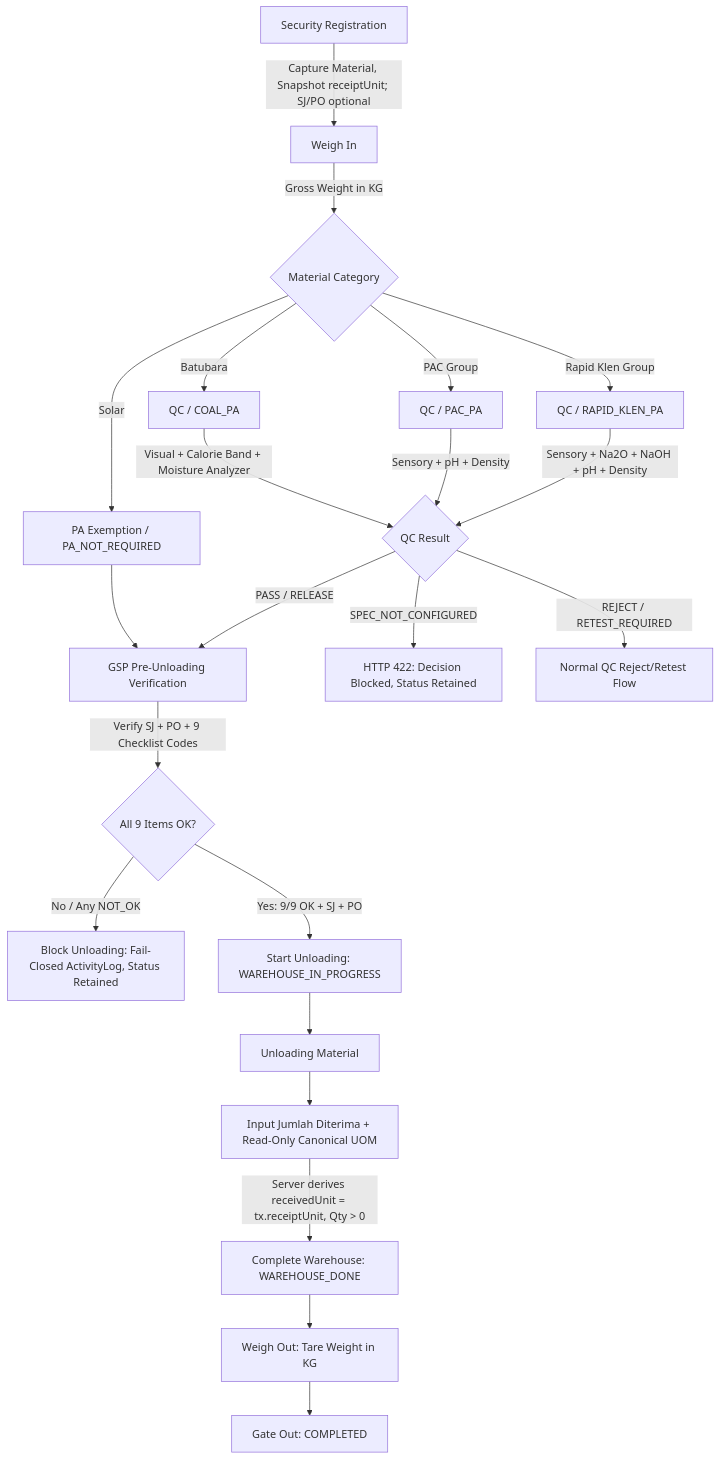
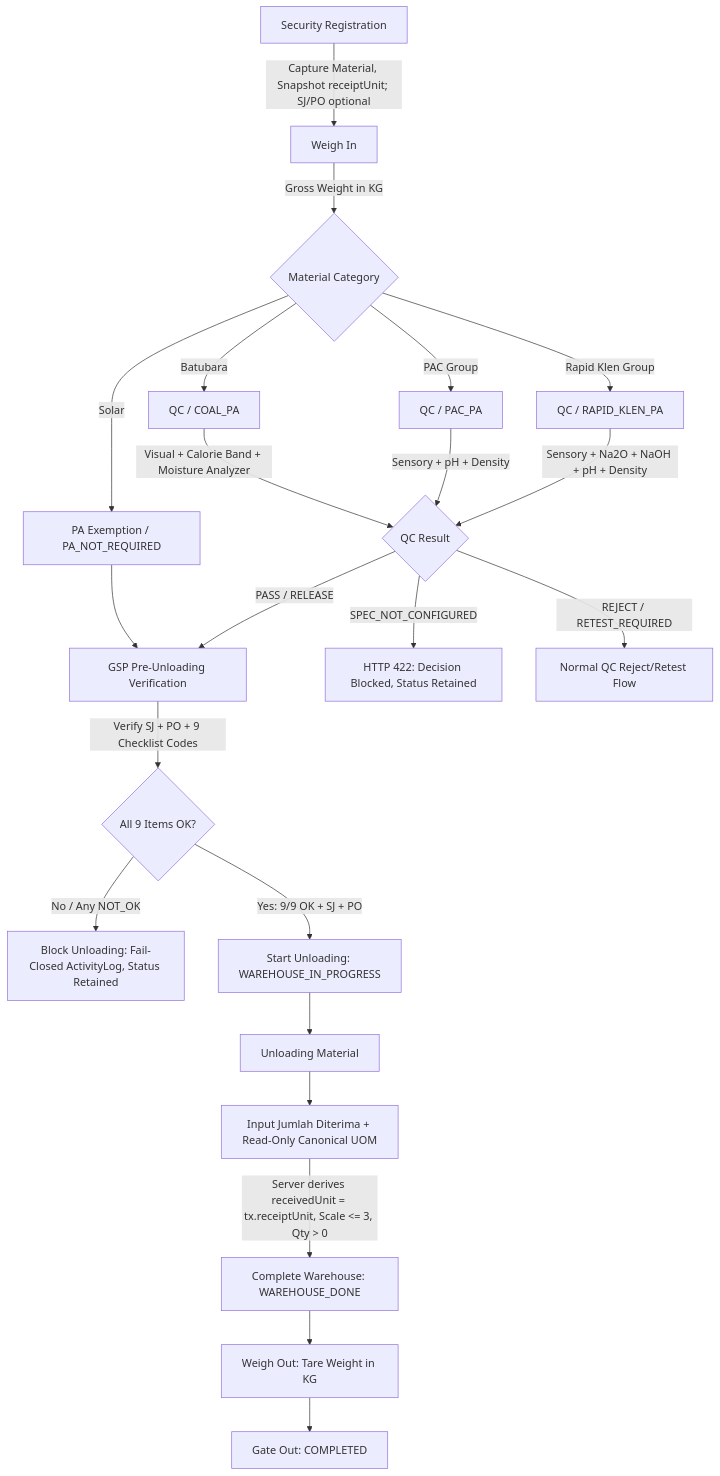
The diagram in docs/superpowers/specs/2026-10-07-gsp-qc-preunload-uom-design.md (rahmatauliya10/Aplikasi-Gate-Management-System), drawn with Mermaid before and after one commit. The commit also changed other lines of this file, not shown here.

Commit message:
docs(spec): revise gsp design spec to Rev 2.1 with amendment synchronization, calorie band contract, and decimal scale policy

````diff
--- a/docs/superpowers/specs/2026-10-07-gsp-qc-preunload-uom-design.md
+++ b/docs/superpowers/specs/2026-10-07-gsp-qc-preunload-uom-design.md
@@ -45,29 +48,29 @@
 ```mermaid
 flowchart TD
     A[Security Registration] -->|Capture Material, Snapshot receiptUnit; SJ/PO optional| B[Weigh In]
     B -->|Gross Weight in KG| C{Material Category}
     
     C -->|Solar| D[PA Exemption / PA_NOT_REQUIRED]
     C -->|Batubara| E[QC / COAL_PA]
     C -->|PAC Group| F[QC / PAC_PA]
     C -->|Rapid Klen Group| G[QC / RAPID_KLEN_PA]
     
     E -->|Visual + Calorie Band + Moisture Analyzer| H{QC Result}
     F -->|Sensory + pH + Density| H
     G -->|Sensory + Na2O + NaOH + pH + Density| H
     
     H -->|PASS / RELEASE| I[GSP Pre-Unloading Verification]
     H -->|SPEC_NOT_CONFIGURED| J1[HTTP 422: Decision Blocked, Status Retained]
     H -->|REJECT / RETEST_REQUIRED| J2[Normal QC Reject/Retest Flow]
     D --> I
     
     I -->|Verify SJ + PO + 9 Checklist Codes| K{All 9 Items OK?}
     K -->|No / Any NOT_OK| L[Block Unloading: Fail-Closed ActivityLog, Status Retained]
     K -->|Yes: 9/9 OK + SJ + PO| M[Start Unloading: WAREHOUSE_IN_PROGRESS]
     
     M --> N[Unloading Material]
     N --> O[Input Jumlah Diterima + Read-Only Canonical UOM]
-    O -->|Server derives receivedUnit = tx.receiptUnit, Qty > 0| P[Complete Warehouse: WAREHOUSE_DONE]
+    O -->|Server derives receivedUnit = tx.receiptUnit, Scale <= 3, Qty > 0| P[Complete Warehouse: WAREHOUSE_DONE]
     P --> Q[Weigh Out: Tare Weight in KG]
     Q --> R[Gate Out: COMPLETED]
 ```
````
